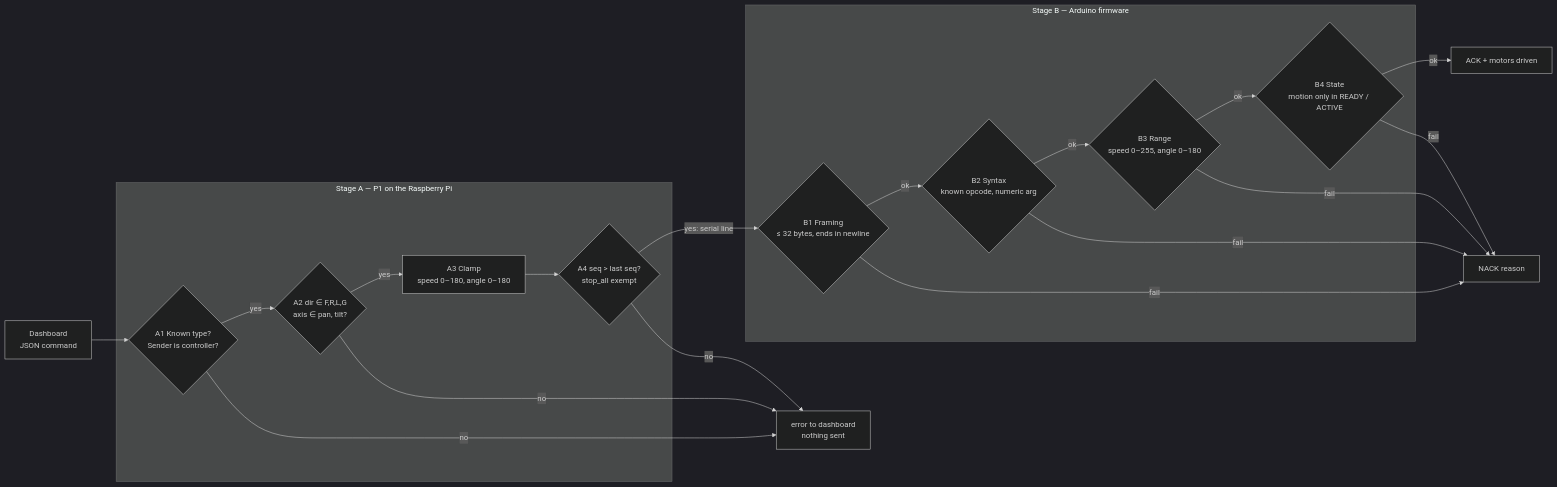
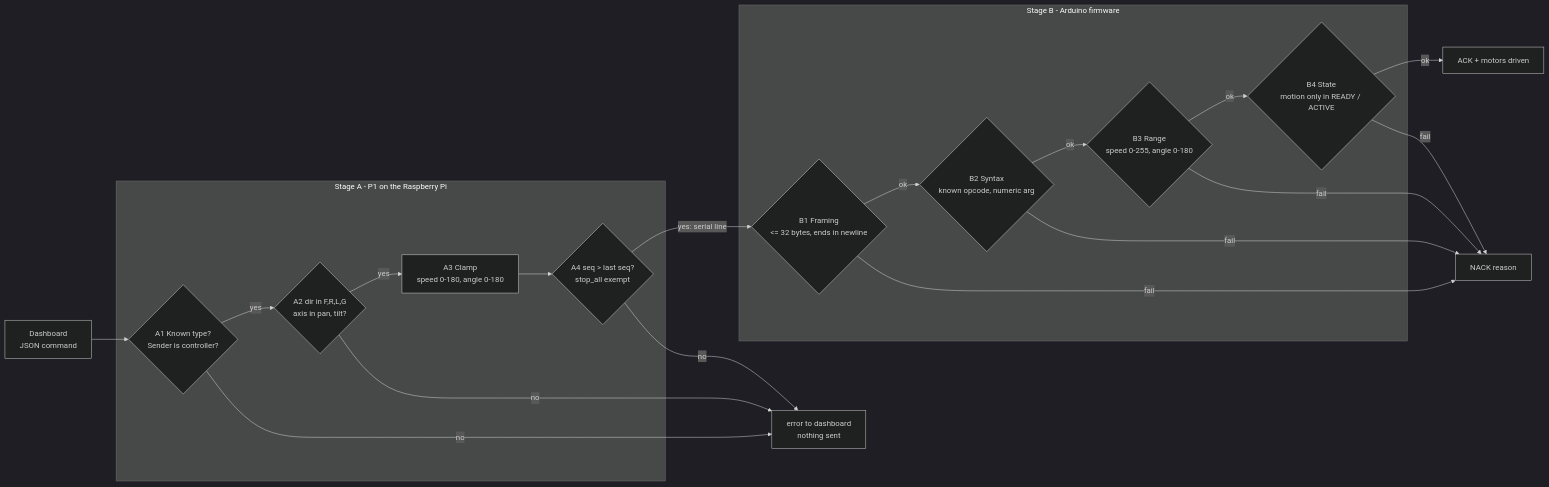
The sixth of 14 diagrams in research paper/methodology_diagrams.md (baiust999/robort-code-from-pi), drawn with Mermaid (dark theme) before and after one commit. The commit also changed other lines of this file and 4 other files, not shown here.

````diff
--- a/research paper/methodology_diagrams.md
+++ b/research paper/methodology_diagrams.md
@@ -219,31 +219,31 @@
 ```mermaid
 flowchart LR
     IN["Dashboard<br/>JSON command"] --> A1
 
-    subgraph SA["Stage A — P1 on the Raspberry Pi"]
+    subgraph SA["Stage A - P1 on the Raspberry Pi"]
         A1{"A1 Known type?<br/>Sender is controller?"}
-        A2{"A2 dir ∈ F,R,L,G<br/>axis ∈ pan, tilt?"}
-        A3["A3 Clamp<br/>speed 0–180, angle 0–180"]
+        A2{"A2 dir in F,R,L,G<br/>axis in pan, tilt?"}
+        A3["A3 Clamp<br/>speed 0-180, angle 0-180"]
         A4{"A4 seq > last seq?<br/>stop_all exempt"}
         A1 -->|yes| A2 -->|yes| A3 --> A4
     end
 
     A4 -->|"yes: serial line"| B1
 
-    subgraph SB["Stage B — Arduino firmware"]
-        B1{"B1 Framing<br/>≤ 32 bytes, ends in newline"}
+    subgraph SB["Stage B - Arduino firmware"]
+        B1{"B1 Framing<br/><= 32 bytes, ends in newline"}
         B2{"B2 Syntax<br/>known opcode, numeric arg"}
-        B3{"B3 Range<br/>speed 0–255, angle 0–180"}
+        B3{"B3 Range<br/>speed 0-255, angle 0-180"}
         B4{"B4 State<br/>motion only in READY / ACTIVE"}
         B1 -->|ok| B2 -->|ok| B3 -->|ok| B4
     end
 
     B4 -->|ok| OK["ACK + motors driven"]
     A1 -->|no| ER["error to dashboard<br/>nothing sent"]
     A2 -->|no| ER
     A4 -->|no| ER
     B1 -->|fail| NK["NACK reason"]
     B2 -->|fail| NK
     B3 -->|fail| NK
     B4 -->|fail| NK
 ```
````
